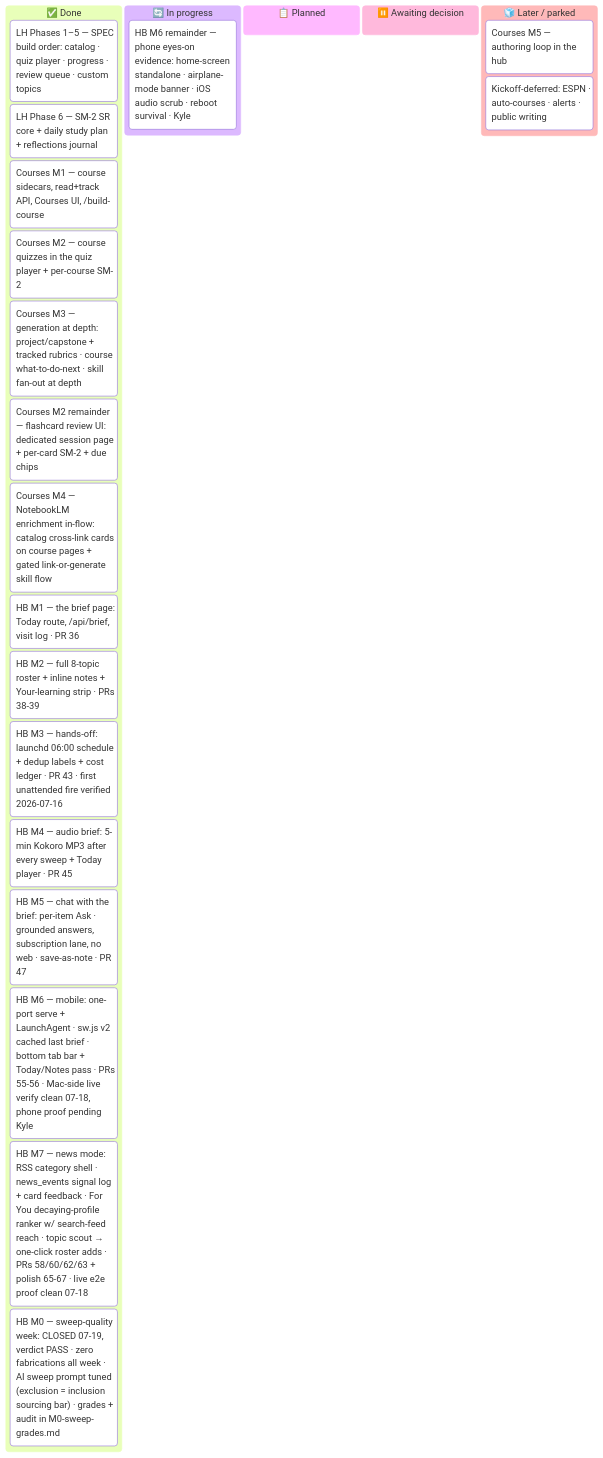
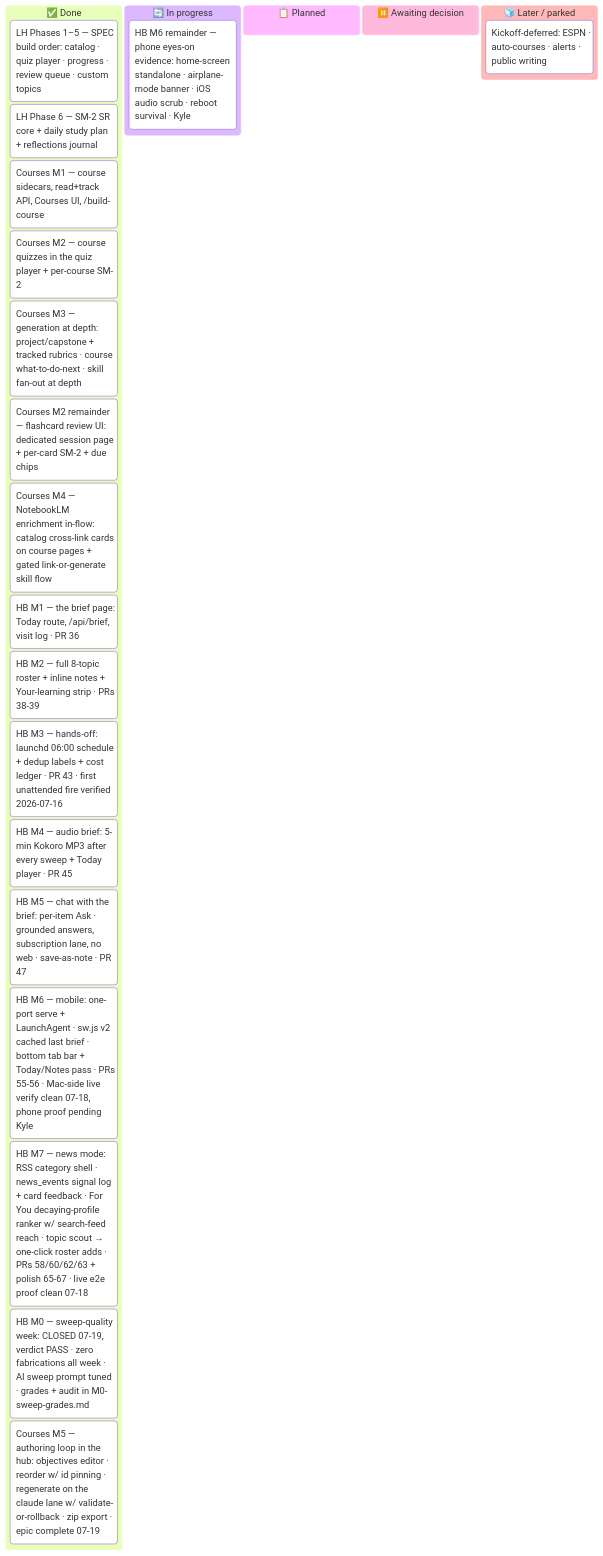
Before and after one commit to ksdisch/home-base: the diagram in docs/MASTER_PLAN.md, drawn with Mermaid. The commit also changed other lines of this file and 1 other file, not shown here.

First line of the commit message:
docs: PHASE7_M5_PLAN + MASTER_PLAN — Courses M5 shipped, course epic complete

````diff
--- a/docs/MASTER_PLAN.md
+++ b/docs/MASTER_PLAN.md
@@ -41,26 +42,26 @@
 ```mermaid
 kanban
   done["✅ Done"]
     lh15["LH Phases 1–5 — SPEC build order: catalog · quiz player · progress · review queue · custom topics"]
     lh6["LH Phase 6 — SM-2 SR core + daily study plan + reflections journal"]
     lh7["Courses M1 — course sidecars, read+track API, Courses UI, /build-course"]
     lh7m2["Courses M2 — course quizzes in the quiz player + per-course SM-2"]
     lh7m3["Courses M3 — generation at depth: project/capstone + tracked rubrics · course what-to-do-next · skill fan-out at depth"]
     lh7fc["Courses M2 remainder — flashcard review UI: dedicated session page + per-card SM-2 + due chips"]
     lh7m4["Courses M4 — NotebookLM enrichment in-flow: catalog cross-link cards on course pages + gated link-or-generate skill flow"]
     hbm1["HB M1 — the brief page: Today route, /api/brief, visit log · PR 36"]
     hbm2["HB M2 — full 8-topic roster + inline notes + Your-learning strip · PRs 38-39"]
     hbm3["HB M3 — hands-off: launchd 06:00 schedule + dedup labels + cost ledger · PR 43 · first unattended fire verified 2026-07-16"]
     hbm4["HB M4 — audio brief: 5-min Kokoro MP3 after every sweep + Today player · PR 45"]
     hbm5["HB M5 — chat with the brief: per-item Ask · grounded answers, subscription lane, no web · save-as-note · PR 47"]
     hbm6["HB M6 — mobile: one-port serve + LaunchAgent · sw.js v2 cached last brief · bottom tab bar + Today/Notes pass · PRs 55-56 · Mac-side live verify clean 07-18, phone proof pending Kyle"]
     hbm7["HB M7 — news mode: RSS category shell · news_events signal log + card feedback · For You decaying-profile ranker w/ search-feed reach · topic scout → one-click roster adds · PRs 58/60/62/63 + polish 65-67 · live e2e proof clean 07-18"]
-    hbm0["HB M0 — sweep-quality week: CLOSED 07-19, verdict PASS · zero fabrications all week · AI sweep prompt tuned (exclusion = inclusion sourcing bar) · grades + audit in M0-sweep-grades.md"]
+    hbm0["HB M0 — sweep-quality week: CLOSED 07-19, verdict PASS · zero fabrications all week · AI sweep prompt tuned · grades + audit in M0-sweep-grades.md"]
+    cm5["Courses M5 — authoring loop in the hub: objectives editor · reorder w/ id pinning · regenerate on the claude lane w/ validate-or-rollback · zip export · epic complete 07-19"]
   doing["🔄 In progress"]
     hbm6proof["HB M6 remainder — phone eyes-on evidence: home-screen standalone · airplane-mode banner · iOS audio scrub · reboot survival · Kyle"]
   next["📋 Planned"]
   decide["⏸️ Awaiting decision"]
   later["🧊 Later / parked"]
-    cm5["Courses M5 — authoring loop in the hub"]
     defer["Kickoff-deferred: ESPN · auto-courses · alerts · public writing"]
 ```
````
